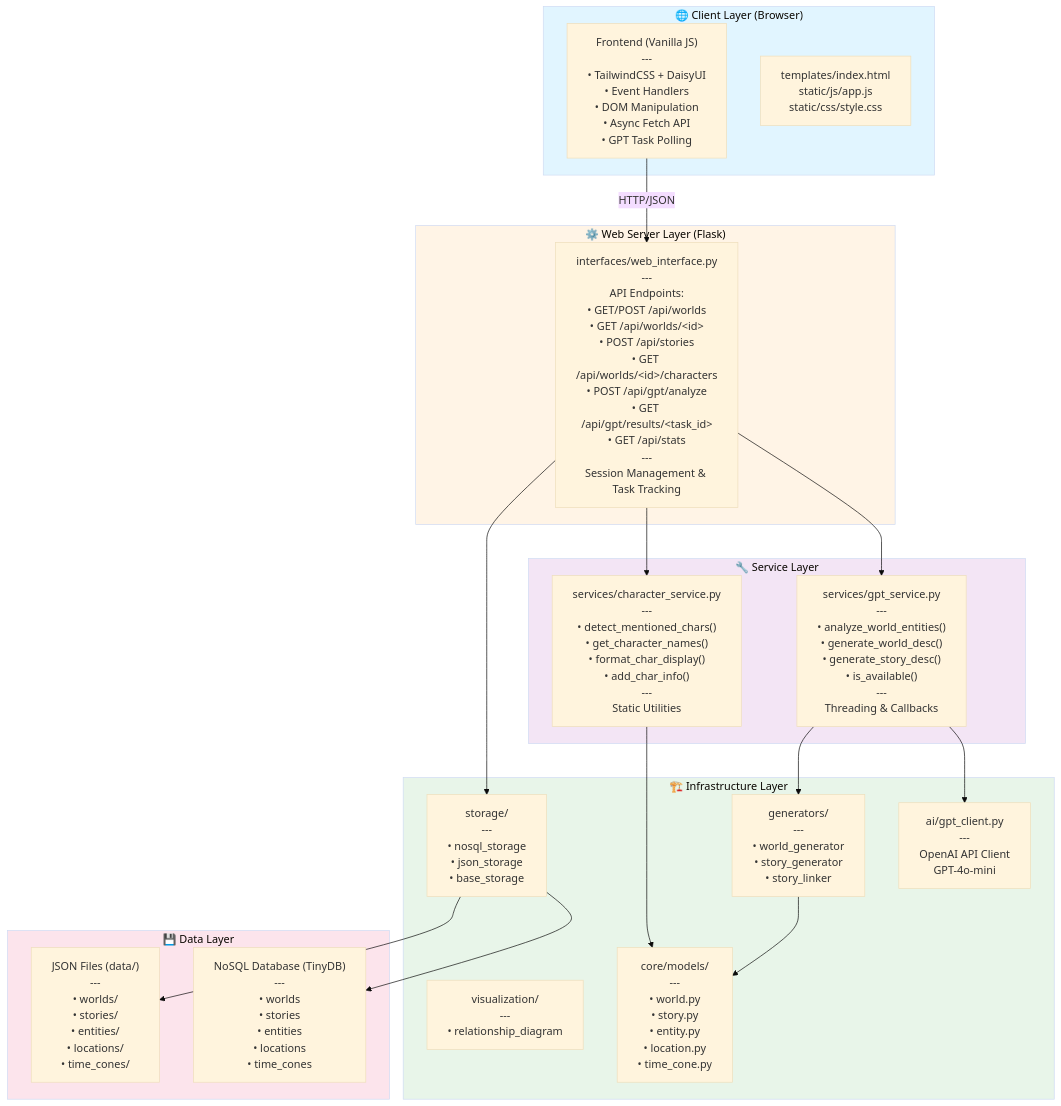
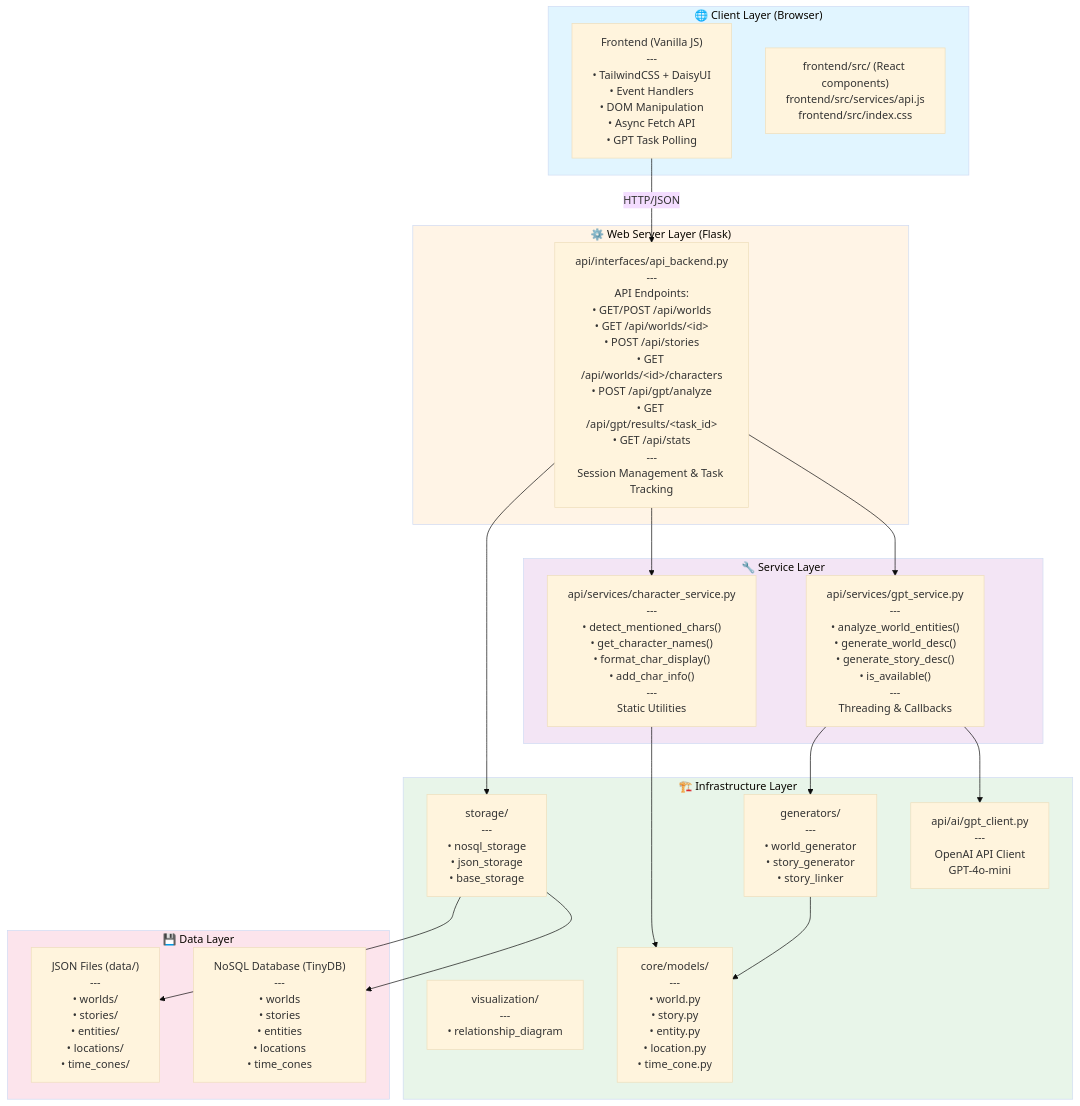
One commit to AI-Nhat-Phuc/story-creator changed the first of 6 diagrams in docs/architecture_diagram.md. Above: the diagram before and after it, drawn with Mermaid (base theme). The commit also changed 83 other files, not shown here.

````diff
--- a/docs/architecture_diagram.md
+++ b/docs/architecture_diagram.md
@@ -5,46 +5,46 @@
 ```mermaid
 graph TB
     subgraph Client["🌐 Client Layer (Browser)"]
         Frontend["Frontend (Vanilla JS)<br/>---<br/>• TailwindCSS + DaisyUI<br/>• Event Handlers<br/>• DOM Manipulation<br/>• Async Fetch API<br/>• GPT Task Polling"]
-        Templates["templates/index.html<br/>static/js/app.js<br/>static/css/style.css"]
+        Templates["frontend/src/ (React components)<br/>frontend/src/services/api.js<br/>frontend/src/index.css"]
     end
 
     subgraph WebServer["⚙️ Web Server Layer (Flask)"]
-        API["interfaces/web_interface.py<br/>---<br/>API Endpoints:<br/>• GET/POST /api/worlds<br/>• GET /api/worlds/&lt;id&gt;<br/>• POST /api/stories<br/>• GET /api/worlds/&lt;id&gt;/characters<br/>• POST /api/gpt/analyze<br/>• GET /api/gpt/results/&lt;task_id&gt;<br/>• GET /api/stats<br/>---<br/>Session Management & Task Tracking"]
+        API["api/interfaces/api_backend.py<br/>---<br/>API Endpoints:<br/>• GET/POST /api/worlds<br/>• GET /api/worlds/&lt;id&gt;<br/>• POST /api/stories<br/>• GET /api/worlds/&lt;id&gt;/characters<br/>• POST /api/gpt/analyze<br/>• GET /api/gpt/results/&lt;task_id&gt;<br/>• GET /api/stats<br/>---<br/>Session Management & Task Tracking"]
     end
 
     subgraph Services["🔧 Service Layer"]
-        GPTService["services/gpt_service.py<br/>---<br/>• analyze_world_entities()<br/>• generate_world_desc()<br/>• generate_story_desc()<br/>• is_available()<br/>---<br/>Threading & Callbacks"]
-        CharService["services/character_service.py<br/>---<br/>• detect_mentioned_chars()<br/>• get_character_names()<br/>• format_char_display()<br/>• add_char_info()<br/>---<br/>Static Utilities"]
+        GPTService["api/services/gpt_service.py<br/>---<br/>• analyze_world_entities()<br/>• generate_world_desc()<br/>• generate_story_desc()<br/>• is_available()<br/>---<br/>Threading & Callbacks"]
+        CharService["api/services/character_service.py<br/>---<br/>• detect_mentioned_chars()<br/>• get_character_names()<br/>• format_char_display()<br/>• add_char_info()<br/>---<br/>Static Utilities"]
     end
 
     subgraph Infrastructure["🏗️ Infrastructure Layer"]
-        AI["ai/gpt_client.py<br/>---<br/>OpenAI API Client<br/>GPT-4o-mini"]
+        AI["api/ai/gpt_client.py<br/>---<br/>OpenAI API Client<br/>GPT-4o-mini"]
         Generators["generators/<br/>---<br/>• world_generator<br/>• story_generator<br/>• story_linker"]
         Storage["storage/<br/>---<br/>• nosql_storage<br/>• json_storage<br/>• base_storage"]
         Viz["visualization/<br/>---<br/>• relationship_diagram"]
         Models["core/models/<br/>---<br/>• world.py<br/>• story.py<br/>• entity.py<br/>• location.py<br/>• time_cone.py"]
     end
 
     subgraph Data["💾 Data Layer"]
         NoSQL["NoSQL Database (TinyDB)<br/>---<br/>• worlds<br/>• stories<br/>• entities<br/>• locations<br/>• time_cones"]
         JSON["JSON Files (data/)<br/>---<br/>• worlds/<br/>• stories/<br/>• entities/<br/>• locations/<br/>• time_cones/"]
     end
 
     Frontend -->|HTTP/JSON| API
     API --> GPTService
     API --> CharService
     GPTService --> AI
     GPTService --> Generators
     CharService --> Models
     API --> Storage
     Storage --> NoSQL
     Storage --> JSON
     Generators --> Models
 
     style Client fill:#e1f5ff
     style WebServer fill:#fff4e6
     style Services fill:#f3e5f5
     style Infrastructure fill:#e8f5e9
     style Data fill:#fce4ec
 ```
````
